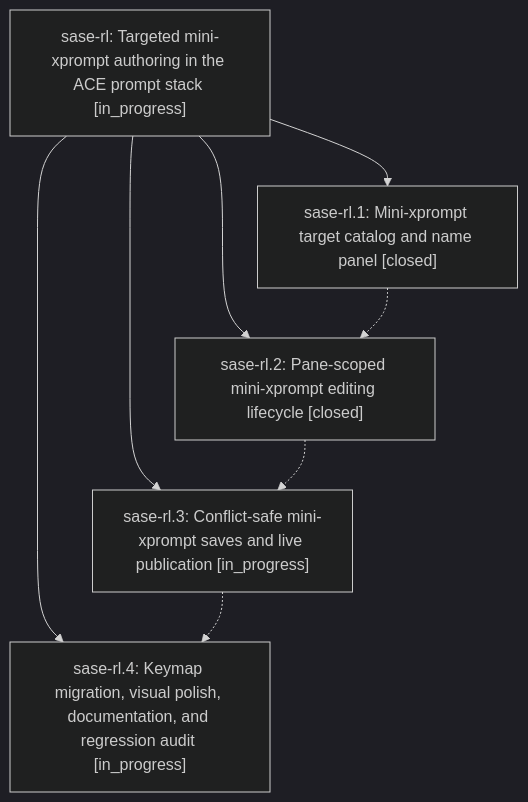
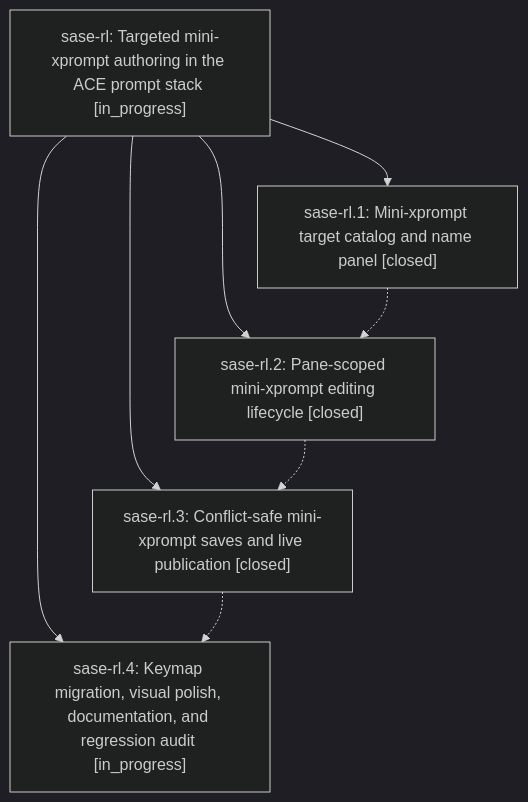
Before and after one commit to sase-org/sase--beads: the diagram in pages/sase-rl/README.md, drawn with Mermaid (dark theme). The commit also changed other lines of this file and 3 other files, not shown here.

````diff
--- a/pages/sase-rl/README.md
+++ b/pages/sase-rl/README.md
@@ -25,15 +25,15 @@
 ```mermaid
 flowchart TD
     n0["sase-rl: Targeted mini-xprompt authoring in the ACE prompt stack [in_progress]"]
     n1["sase-rl.1: Mini-xprompt target catalog and name panel [closed]"]
     n2["sase-rl.2: Pane-scoped mini-xprompt editing lifecycle [closed]"]
-    n3["sase-rl.3: Conflict-safe mini-xprompt saves and live publication [in_progress]"]
+    n3["sase-rl.3: Conflict-safe mini-xprompt saves and live publication [closed]"]
     n4["sase-rl.4: Keymap migration, visual polish, documentation, and regression audit [in_progress]"]
     n0 --> n1
     n0 --> n2
     n0 --> n3
     n0 --> n4
     n1 -.-> n2
     n2 -.-> n3
     n3 -.-> n4
 ```
````
